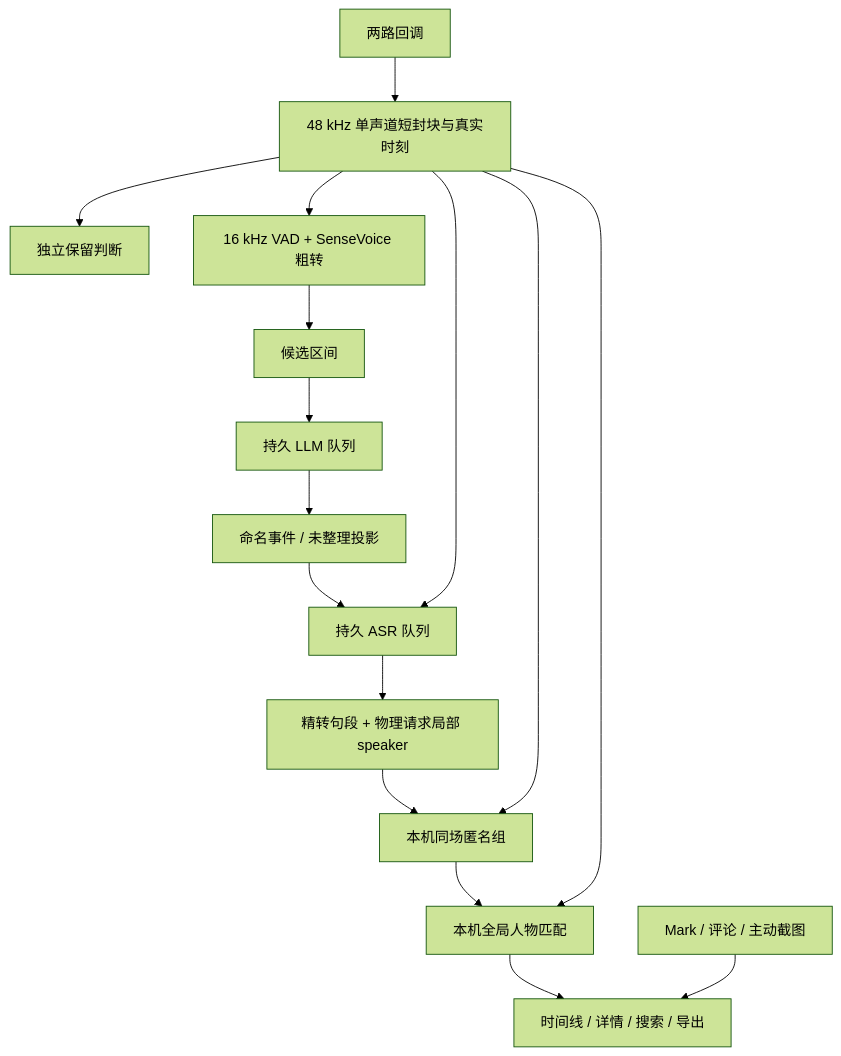
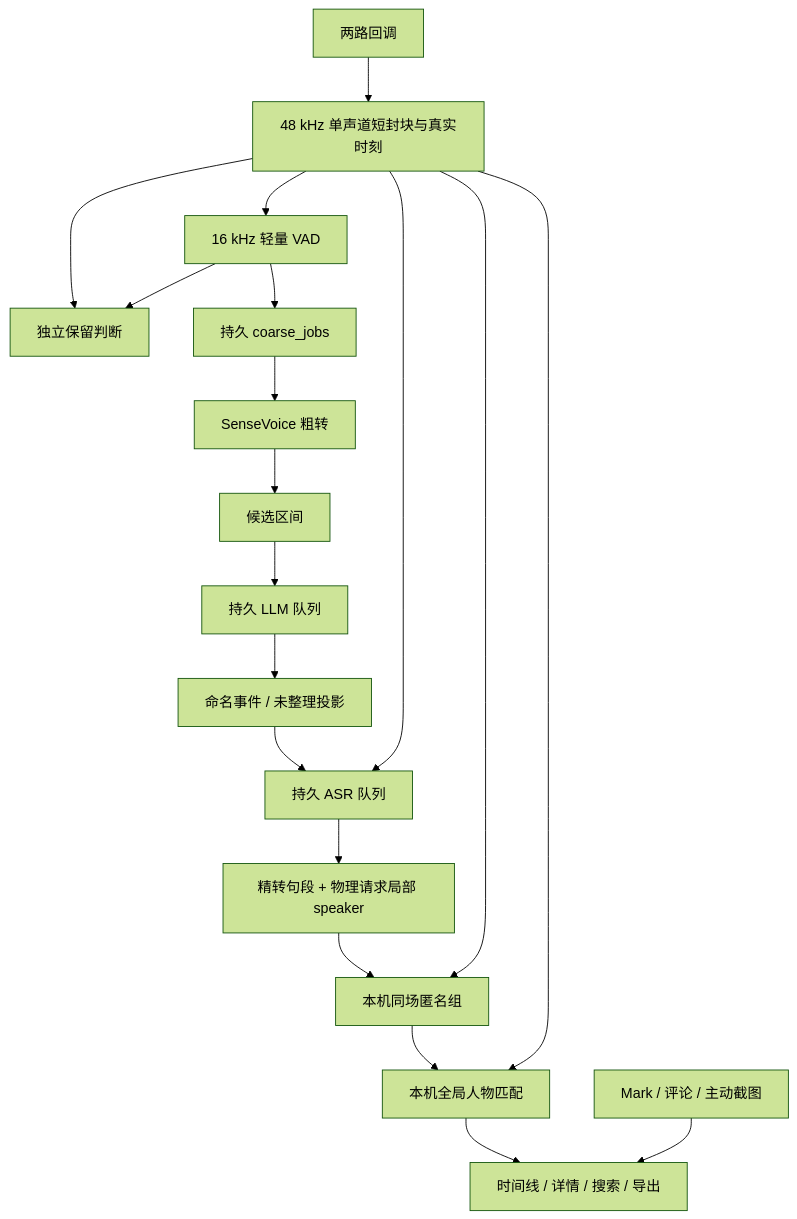
Before and after one commit to hAcKlyc/loppi: the second of 2 diagrams in specs/ARCHITECTURE.md, drawn with Mermaid (forest theme). The commit also changed other lines of this file and 19 other files, not shown here.

````diff
--- a/specs/ARCHITECTURE.md
+++ b/specs/ARCHITECTURE.md
@@ -68,18 +68,21 @@
 ```mermaid
 flowchart TD
   C[两路回调] --> B[48 kHz 单声道短封块与真实时刻]
   B --> R[独立保留判断]
-  B --> V[16 kHz VAD + SenseVoice 粗转]
-  V --> K[候选区间]
+  B --> V[16 kHz 轻量 VAD]
+  V --> R
+  V --> J[持久 coarse_jobs]
+  J --> S[SenseVoice 粗转]
+  S --> K[候选区间]
   K --> Q1[持久 LLM 队列]
   Q1 --> E[命名事件 / 未整理投影]
   E --> Q2[持久 ASR 队列]
   B --> Q2
   Q2 --> P[精转句段 + 物理请求局部 speaker]
   P --> G[本机同场匿名组]
   B --> G
   G --> I[本机全局人物匹配]
   B --> I
   I --> T[时间线 / 详情 / 搜索 / 导出]
   M[Mark / 评论 / 主动截图] --> T
 ```
````
